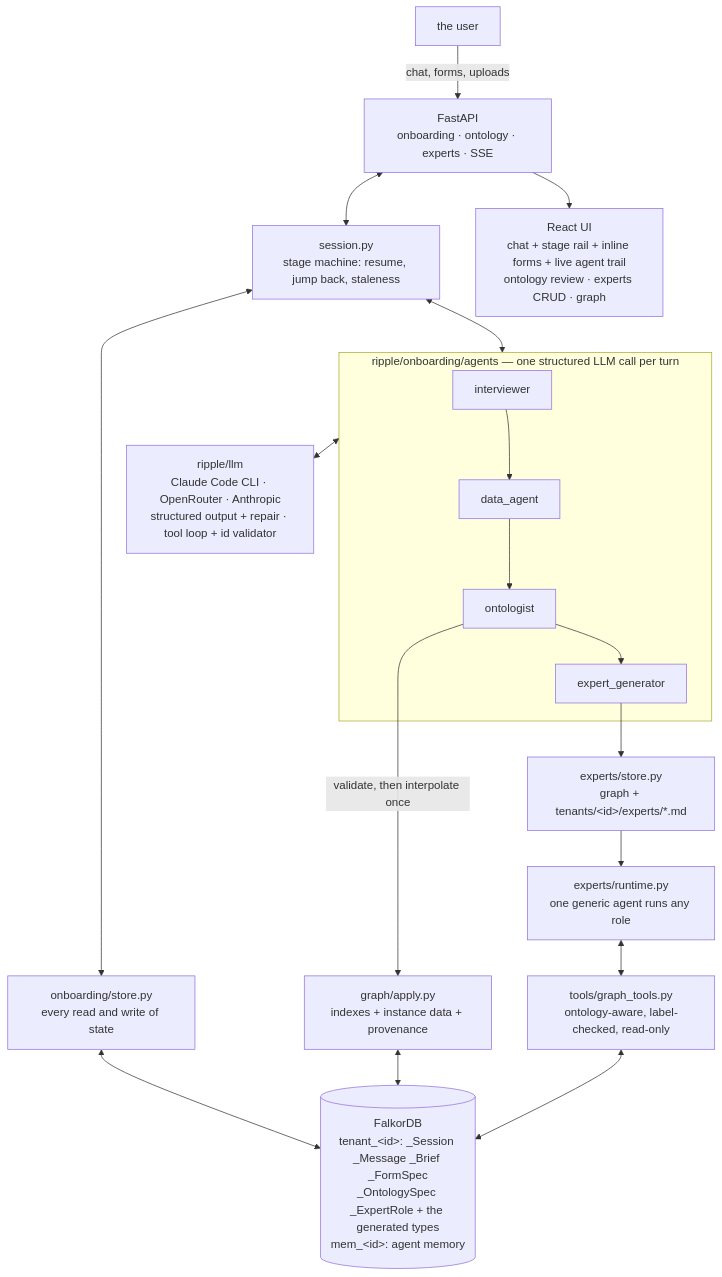
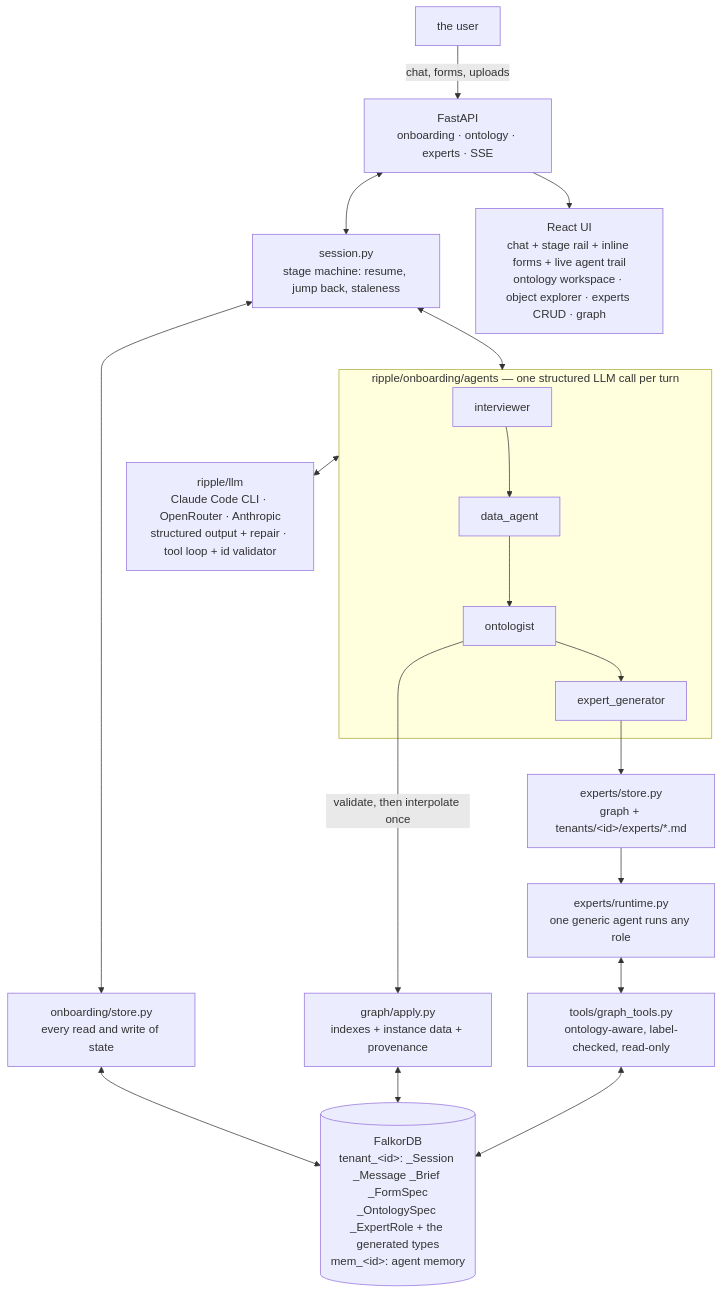
The diagram in README.md (DivyanshParashar1/iota-graph-hackathon), drawn with Mermaid before and after one commit. The commit also changed other lines of this file and 58 other files, not shown here.

````diff
--- a/README.md
+++ b/README.md
@@ -83,18 +118,18 @@
 ```mermaid
 flowchart TB
   U[the user] -->|chat, forms, uploads| API
   subgraph Agents["ripple/onboarding/agents — one structured LLM call per turn"]
     I[interviewer] --> D[data_agent] --> O[ontologist] --> X[expert_generator]
   end
   API[FastAPI<br/>onboarding · ontology · experts · SSE] <--> SM[session.py<br/>stage machine: resume, jump back, staleness]
   SM <--> Agents
   Agents <--> LLM[ripple/llm<br/>Claude Code CLI · OpenRouter · Anthropic<br/>structured output + repair · tool loop + id validator]
   SM <--> ST[onboarding/store.py<br/>every read and write of state]
   O -->|validate, then interpolate once| AP[graph/apply.py<br/>indexes + instance data + provenance]
   ST & AP <--> FDB[(FalkorDB<br/>tenant_&lt;id&gt;: _Session _Message _Brief _FormSpec<br/>_OntologySpec _ExpertRole + the generated types<br/>mem_&lt;id&gt;: agent memory)]
   X --> ER[experts/store.py<br/>graph + tenants/&lt;id&gt;/experts/*.md]
   ER --> RT[experts/runtime.py<br/>one generic agent runs any role]
   RT <--> TOOLS[tools/graph_tools.py<br/>ontology-aware, label-checked, read-only]
   TOOLS <--> FDB
-  API --> UI[React UI<br/>chat + stage rail + inline forms + live agent trail<br/>ontology review · experts CRUD · graph]
+  API --> UI[React UI<br/>chat + stage rail + inline forms + live agent trail<br/>ontology workspace · object explorer · experts CRUD · graph]
 ```
````
